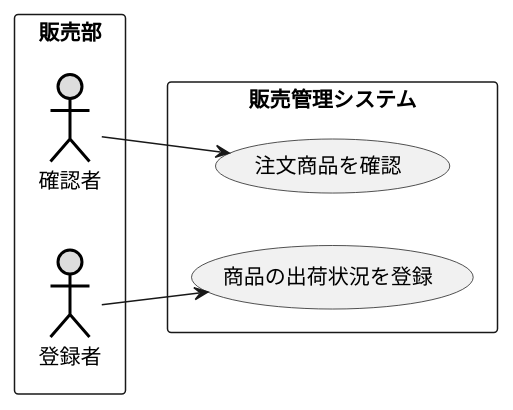
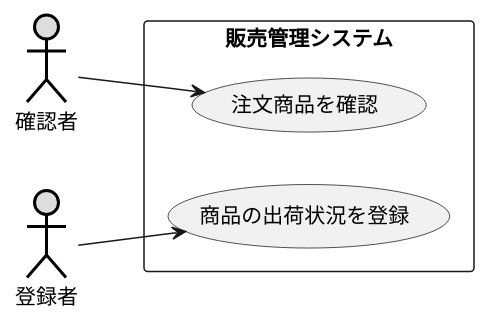
The diagram in 演習2-5_盛岡商事_販売管理システム.pu (Takhshi/uml-introduction), drawn with PlantUML before and after one commit. The commit also changed 2 other files, not shown here.

```diff
--- a/演習2-5_盛岡商事_販売管理システム.pu
+++ b/演習2-5_盛岡商事_販売管理システム.pu
@@ -1,13 +1,11 @@
 @startuml 演習2-5
-rectangle 販売部 {
 left to right direction
 actor 確認者 #DDDDDD;line:black;line.bold;
 actor 登録者 #DDDDDD;line:black;line.bold;
-}
 rectangle 販売管理システム {
 usecase 注文商品を確認
 usecase 商品の出荷状況を登録
 }
 確認者 --> 注文商品を確認
 登録者 --> 商品の出荷状況を登録
 @enduml
```
